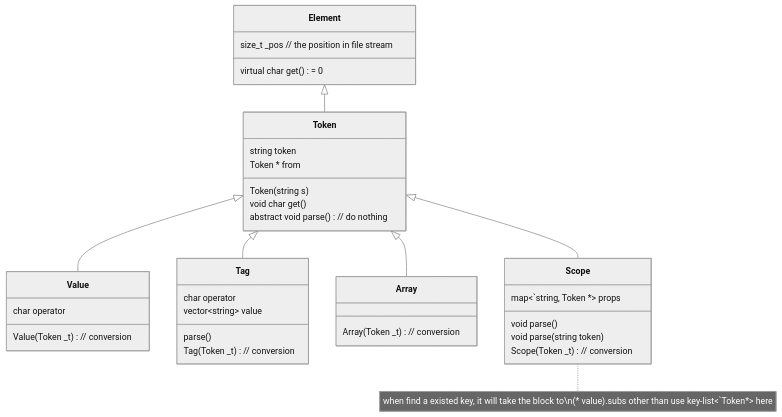
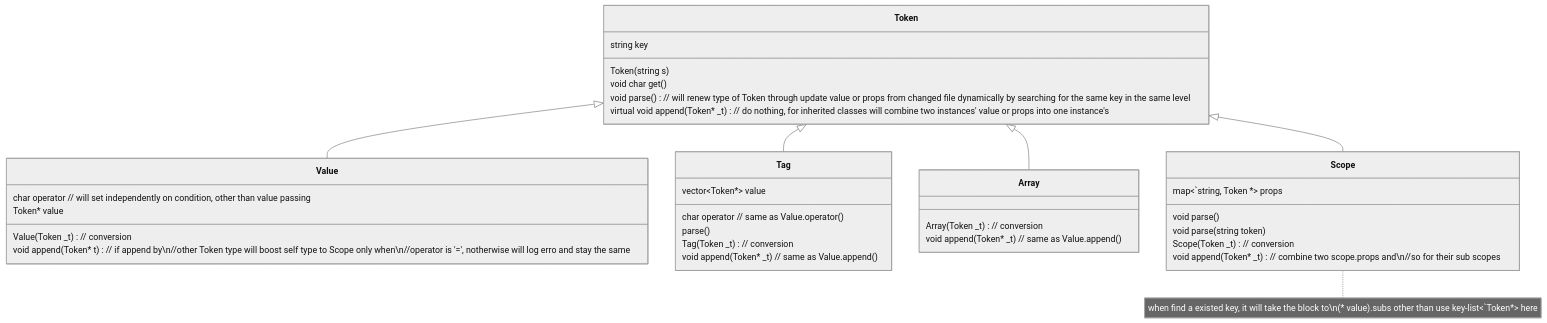
The sixth of 6 diagrams in modding analysis/parser build/_parser/tokenize_process.md (Supheria/FocusTree), drawn with Mermaid (neutral theme) before and after one commit. The commit also changed other lines of this file and 13 other files, not shown here.

````diff
--- a/modding analysis/parser build/_parser/tokenize_process.md
+++ b/modding analysis/parser build/_parser/tokenize_process.md
@@ -226,43 +245,43 @@
 ```mermaid
 classDiagram 
-	class Element{
-		size_t _pos // the position in file stream
-		virtual char get() = 0
-	}
 	class Token{
-		string token
+		string key
 		Token(string s)
 		void char get()
 	}
-	Token --|> Element
 	
 	class Token{
-		Token * from
-		abstract void parse() // do nothing
+		void parse() // will renew type of Token through update value or props from changed file dynamically by searching for the same key in the same level
+		virtual void append(Token* _t) // do nothing, for inherited classes will combine two instances' value or props into one instance's
 	}
 	class Value{
-		char operator
+		char operator // will set independently on condition, other than value passing
+		Token* value
 		Value(Token _t) // conversion
+		void append(Token* t) // if append by\n//other Token type will boost self type to Scope only when\n//operator is '=', notherwise will log erro and stay the same
 	}
 	class Tag{
-		char operator
-		vector~string~ value
+		char operator // same as Value.operator()
+		vector~Token*~ value
 		parse()
 		Tag(Token _t) // conversion
+		void append(Token* _t) // same as Value.append()
 	}
 	class Array{
 		Array(Token _t) // conversion
+		void append(Token* _t) // same as Value.append()
 	}
 		note for Scope "when find a existed key, it will take the block to\n(* value).subs other than use key-list<`Token*> here"
 	class Scope{
 		map<`string, Token *> props
 		void parse()
 		void parse(string token)
 		Scope(Token _t) // conversion
+		void append(Token* _t) // combine two scope.props and\n//so for their sub scopes
 	}
 	direction BT
 	Value --|> Token
 	Tag --|> Token
 	Array --|> Token
 	Scope --|> Token
 ```
````
